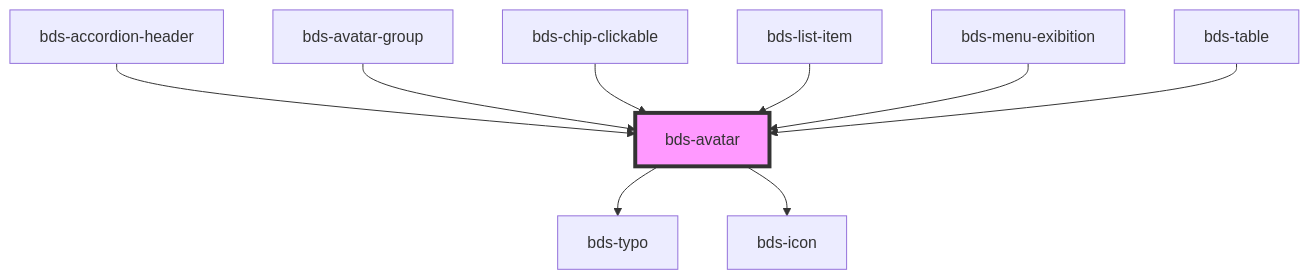
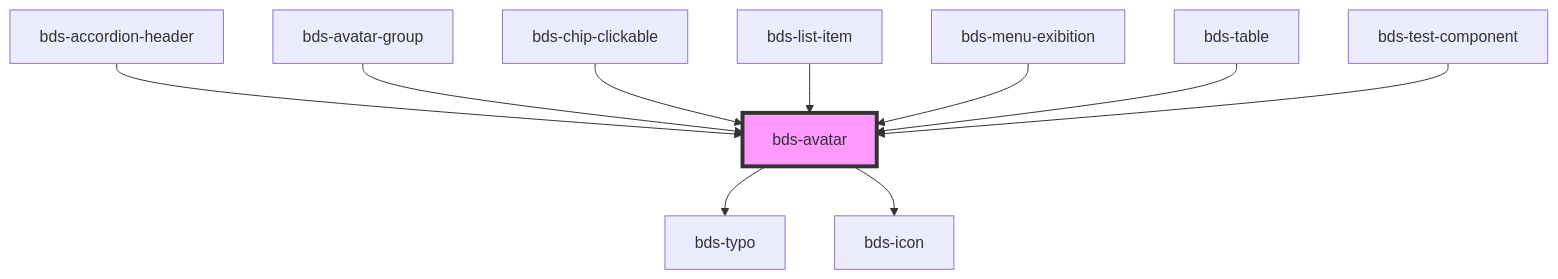
Before and after one commit to takenet/blip-ds: the diagram in src/components/avatar/readme.md, drawn with Mermaid. The commit also changed other lines of this file and 73 other files, not shown here.

````diff
--- a/src/components/avatar/readme.md
+++ b/src/components/avatar/readme.md
@@ -45,12 +46,13 @@
 ```mermaid
 graph TD;
   bds-avatar --> bds-typo
   bds-avatar --> bds-icon
   bds-accordion-header --> bds-avatar
   bds-avatar-group --> bds-avatar
   bds-chip-clickable --> bds-avatar
   bds-list-item --> bds-avatar
   bds-menu-exibition --> bds-avatar
   bds-table --> bds-avatar
+  bds-test-component --> bds-avatar
   style bds-avatar fill:#f9f,stroke:#333,stroke-width:4px
 ```
````
